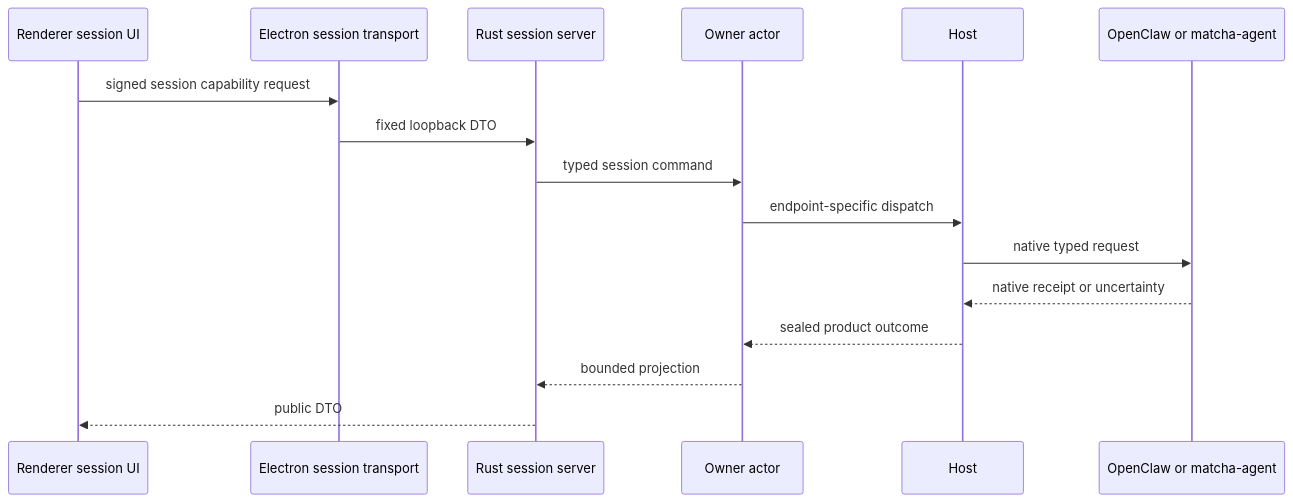
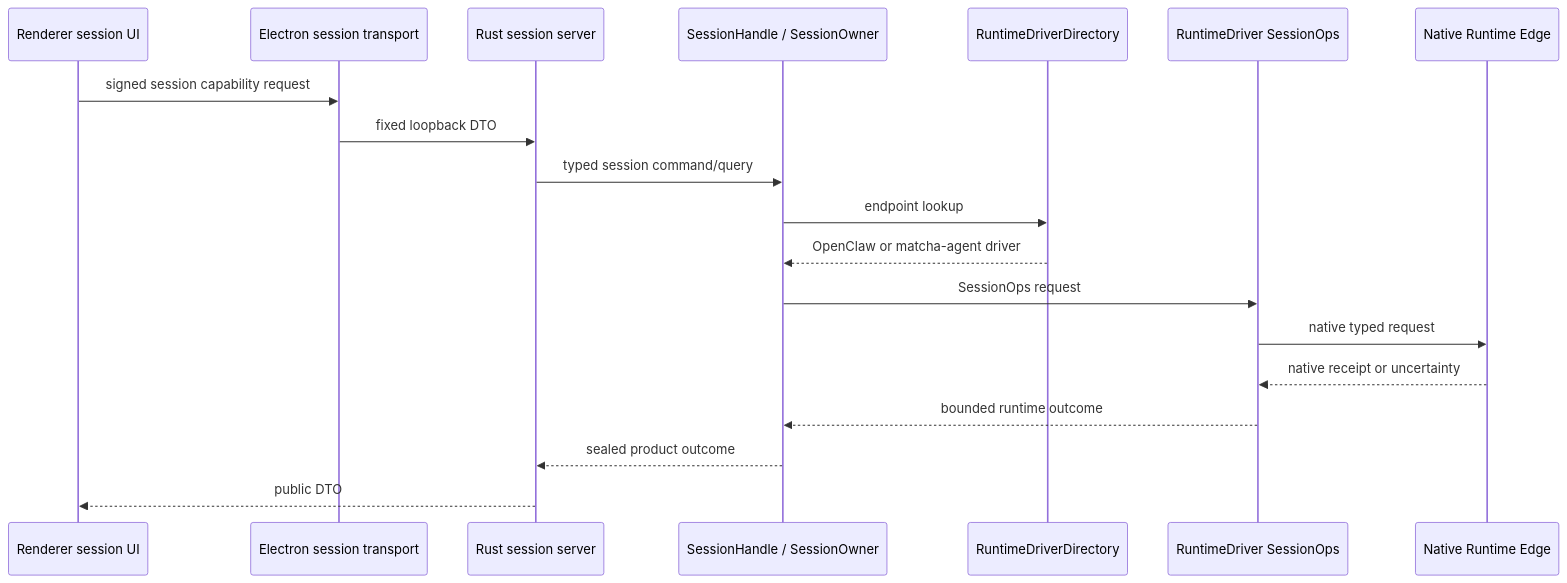
One commit to hellowKeyzj/Matcha-claw changed the fifth of 6 diagrams in docs/architecture/layered-architecture.md. Above: the diagram before and after it, drawn with Mermaid. The commit also changed other lines of this file and 475 other files, not shown here.

Commit message:
refactor runtime host 1

````diff
--- a/docs/architecture/layered-architecture.md
+++ b/docs/architecture/layered-architecture.md
@@ -348,19 +410,22 @@
 ```mermaid
 sequenceDiagram
   participant UI as Renderer session UI
   participant Main as Electron session transport
   participant Server as Rust session server
-  participant Owner as Owner actor
-  participant Host as Host
-  participant Peer as OpenClaw or matcha-agent
+  participant Session as SessionHandle / SessionOwner
+  participant Directory as RuntimeDriverDirectory
+  participant Peer as RuntimeDriver SessionOps
+  participant Native as Native Runtime Edge
 
   UI->>Main: signed session capability request
   Main->>Server: fixed loopback DTO
-  Server->>Owner: typed session command
-  Owner->>Host: endpoint-specific dispatch
-  Host->>Peer: native typed request
-  Peer-->>Host: native receipt or uncertainty
-  Host-->>Owner: sealed product outcome
-  Owner-->>Server: bounded projection
+  Server->>Session: typed session command/query
+  Session->>Directory: endpoint lookup
+  Directory-->>Session: OpenClaw or matcha-agent driver
+  Session->>Peer: SessionOps request
+  Peer->>Native: native typed request
+  Native-->>Peer: native receipt or uncertainty
+  Peer-->>Session: bounded runtime outcome
+  Session-->>Server: sealed product outcome
   Server-->>UI: public DTO
 ```
````
